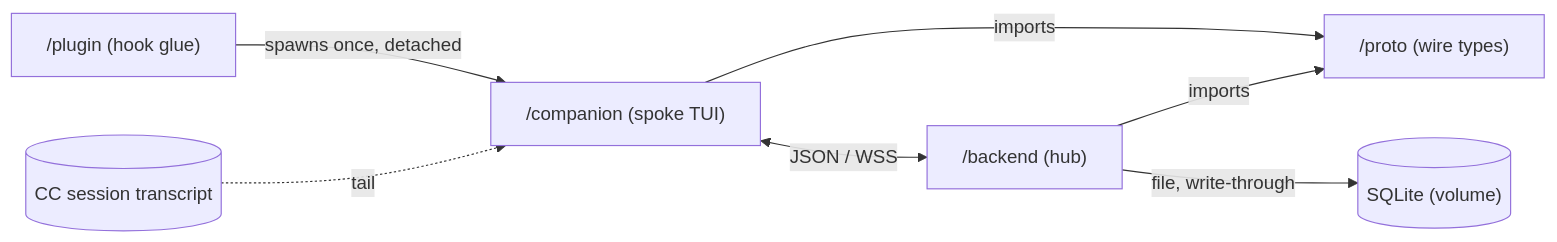
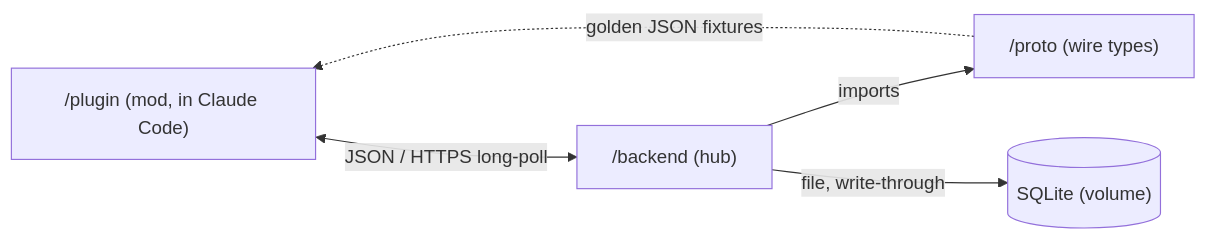
One commit to diegovillafuerte1/claudingtin changed the first of 4 diagrams in _bmad-output/planning-artifacts/architecture/architecture-claudingtin-2026-09-01/ARCHITECTURE-SPINE.md. Above: the diagram before and after it, drawn with Mermaid. The commit also changed other lines of this file and 22 other files, not shown here.

````diff
--- a/_bmad-output/planning-artifacts/architecture/architecture-claudingtin-2026-09-01/ARCHITECTURE-SPINE.md
+++ b/_bmad-output/planning-artifacts/architecture/architecture-claudingtin-2026-09-01/ARCHITECTURE-SPINE.md
@@ -38,9 +42,7 @@
 ```mermaid
 graph LR
-  plugin["/plugin (hook glue)"] -->|spawns once, detached| companion["/companion (spoke TUI)"]
-  companion -->|imports| proto["/proto (wire types)"]
-  backend["/backend (hub)"] -->|imports| proto
-  companion <-->|"JSON / WSS"| backend
+  plugin["/plugin (mod, in Claude Code)"] <-->|"JSON / HTTPS long-poll"| backend["/backend (hub)"]
+  backend -->|imports| proto["/proto (wire types)"]
+  proto -.->|"golden JSON fixtures"| plugin
   backend -->|"file, write-through"| sqlite[("SQLite (volume)")]
-  transcript[("CC session transcript")] -.->|tail| companion
 ```
````
